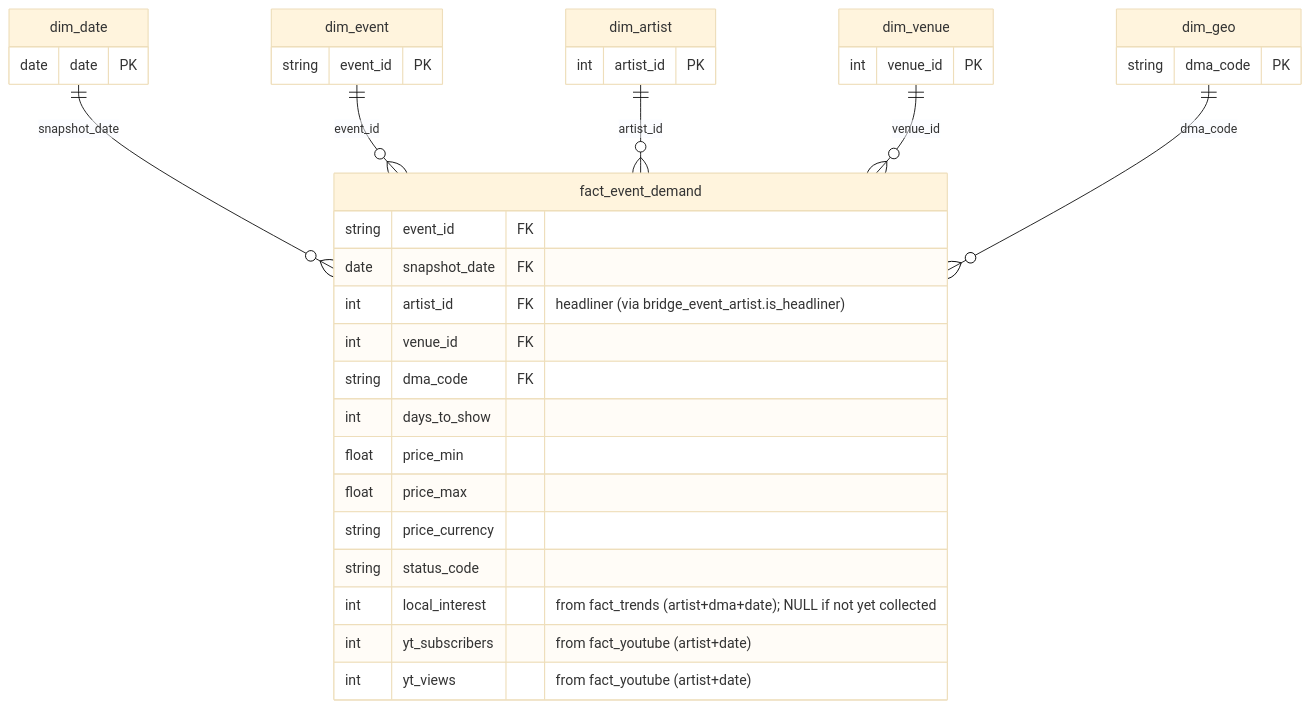
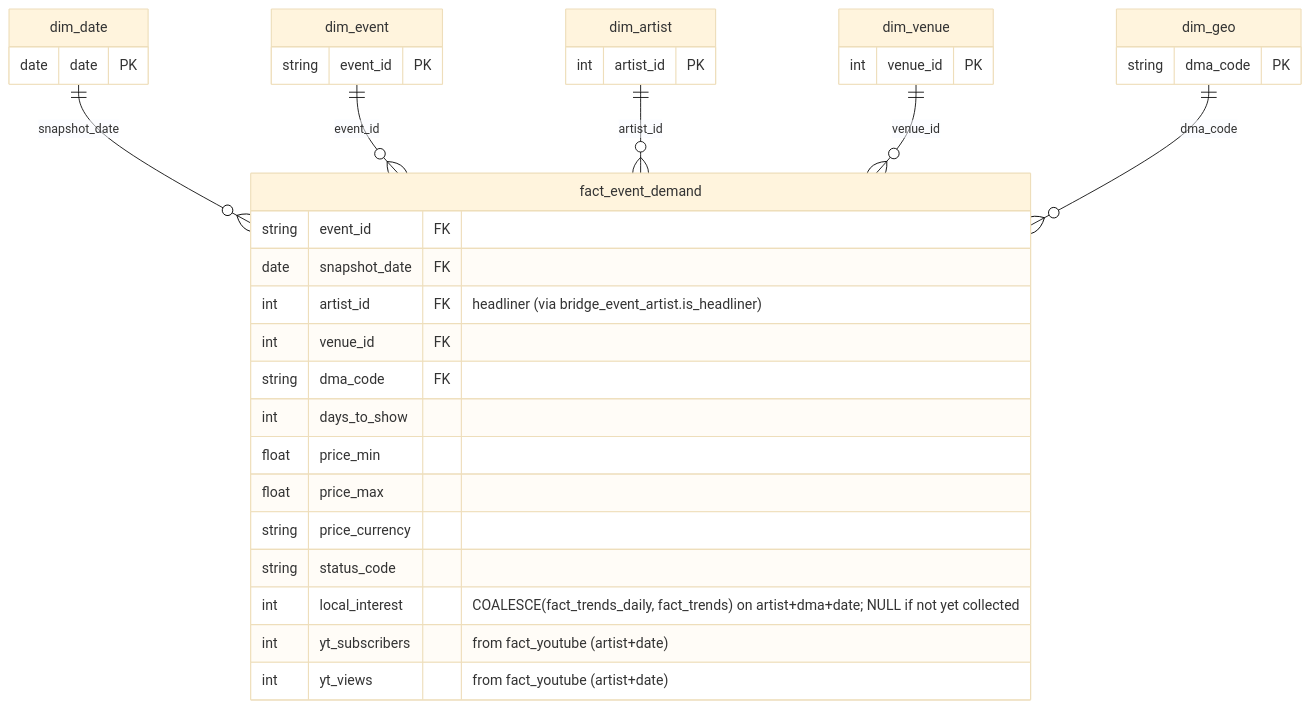
One commit to nnaderzad/msds683-arch-project changed the third of 3 diagrams in docs/data-model.md. Above: the diagram before and after it, drawn with Mermaid (base theme). The commit also changed other lines of this file, not shown here.

Commit message:
docs: data-model — fact_trends_daily grain row + local_interest source

````diff
--- a/docs/data-model.md
+++ b/docs/data-model.md
@@ -253,29 +254,29 @@
 ```mermaid
 erDiagram
     dim_date   ||--o{ fact_event_demand : snapshot_date
     dim_event  ||--o{ fact_event_demand : event_id
     dim_artist ||--o{ fact_event_demand : artist_id
     dim_venue  ||--o{ fact_event_demand : venue_id
     dim_geo    ||--o{ fact_event_demand : dma_code
 
     fact_event_demand {
         string event_id FK
         date snapshot_date FK
         int artist_id FK "headliner (via bridge_event_artist.is_headliner)"
         int venue_id FK
         string dma_code FK
         int days_to_show
         float price_min
         float price_max
         string price_currency
         string status_code
-        int local_interest "from fact_trends (artist+dma+date); NULL if not yet collected"
+        int local_interest "COALESCE(fact_trends_daily, fact_trends) on artist+dma+date; NULL if not yet collected"
         int yt_subscribers "from fact_youtube (artist+date)"
         int yt_views "from fact_youtube (artist+date)"
     }
     dim_date   { date date PK }
     dim_event  { string event_id PK }
     dim_artist { int artist_id PK }
     dim_venue  { int venue_id PK }
     dim_geo    { string dma_code PK }
 ```
````
